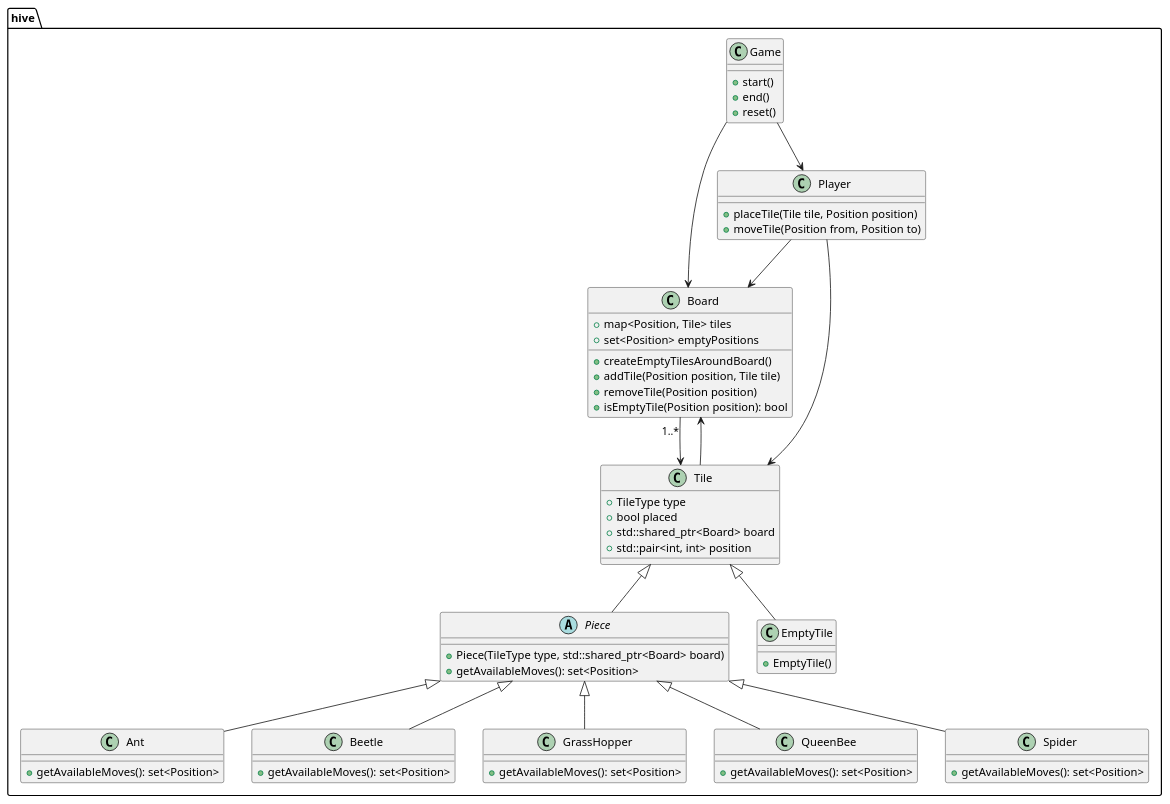
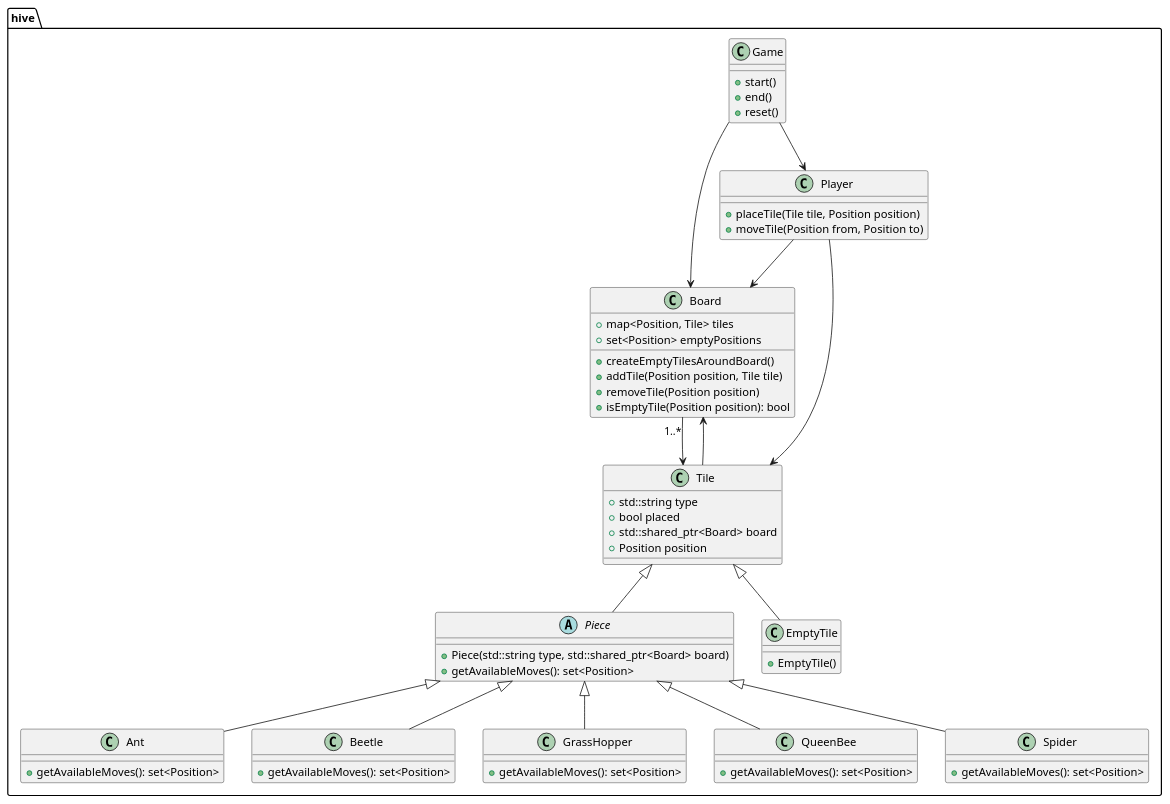
One commit to wojtekkkkkkowww/HiveGame changed the diagram in UML.puml. Above: the diagram before and after it, drawn with PlantUML. The commit also changed 31 other files, not shown here.

```diff
--- a/UML.puml
+++ b/UML.puml
@@ -1,66 +1,66 @@
 @startuml
 namespace hive {
     class Board {
         +map<Position, Tile> tiles
         +set<Position> emptyPositions
         +createEmptyTilesAroundBoard()
         +addTile(Position position, Tile tile)
         +removeTile(Position position)
         +isEmptyTile(Position position): bool
     }
 
     class Tile {
-        +TileType type
+        +std::string type
         +bool placed
         +std::shared_ptr<Board> board
-        +std::pair<int, int> position
+        +Position position
     }
 
     abstract class Piece extends Tile {
-        +Piece(TileType type, std::shared_ptr<Board> board)
+        +Piece(std::string type, std::shared_ptr<Board> board)
         +getAvailableMoves(): set<Position>
     }
 
     class Ant extends Piece {
         +getAvailableMoves(): set<Position>
     }
 
     class Beetle extends Piece {
         +getAvailableMoves(): set<Position>
     }
 
     class GrassHopper extends Piece {
         +getAvailableMoves(): set<Position>
     }
 
     class QueenBee extends Piece {
         +getAvailableMoves(): set<Position>
     }
 
     class Spider extends Piece {
         +getAvailableMoves(): set<Position>
     }
 
     class EmptyTile extends Tile {
         +EmptyTile()
     }
 
     class Player {
         +placeTile(Tile tile, Position position)
         +moveTile(Position from, Position to)
     }
 
     class Game {
         +start()
         +end()
         +reset()
     }
 
     Board "1..*" --> Tile
     Tile --> Board
     Player --> Board
     Player --> Tile
     Game --> Board
     Game --> Player
 }
 @enduml
```
